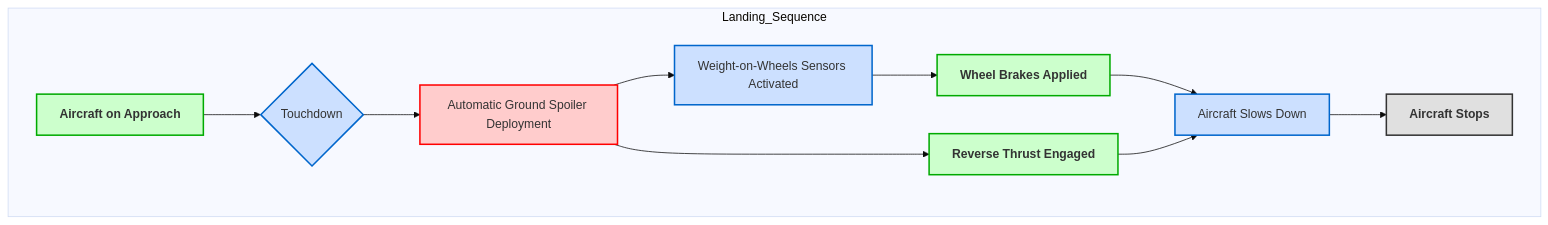
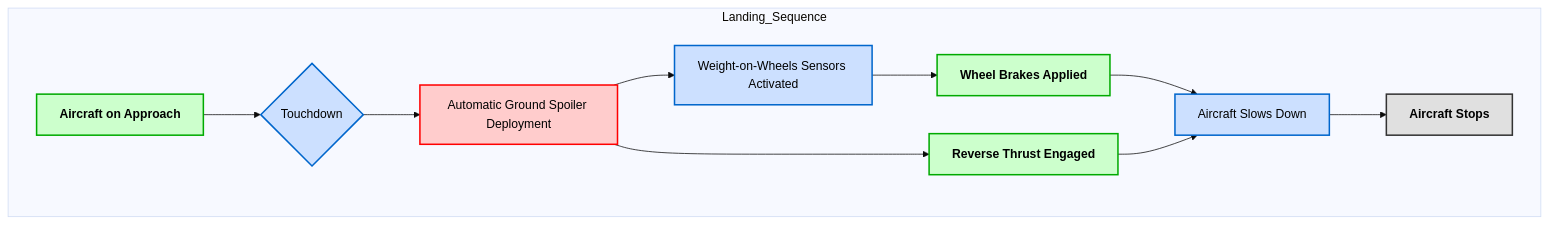
One commit to Robbbo-T/Ampel360XWLRGA changed diagram 12 of 15 in FTC_27-00-00-00-000 – ATA_27-Flight-Controls.md. Above: the diagram before and after it, drawn with Mermaid (base theme). The commit also changed other lines of this file, not shown here.

Commit message:
Update FTC_27-00-00-00-000 – ATA_27-Flight-Controls.md

````diff
--- a/FTC_27-00-00-00-000 – ATA_27-Flight-Controls.md
+++ b/FTC_27-00-00-00-000 – ATA_27-Flight-Controls.md
@@ -3079,25 +3079,25 @@
 ```mermaid
 graph TD
 
     %% Subgraph highlighting the sequential landing process
     subgraph Landing_Sequence
         A[Aircraft on Approach] --> B{Touchdown}
         B --> C[Automatic Ground Spoiler Deployment]
         C --> D[Weight-on-Wheels Sensors Activated]
         D --> E[Wheel Brakes Applied]
         C --> F[Reverse Thrust Engaged]
         E --> G[Aircraft Slows Down]
         F --> G
         G --> H[Aircraft Stops]
     end
 
     %% Node styles for visual clarity and emphasis
-    style A fill:#ccffcc,stroke:#00aa00,stroke-width:2px, font-weight:bold
-    style B fill:#cce0ff,stroke:#0066cc,stroke-width:2px 
-    style C fill:#ffcccc,stroke:#ff0000,stroke-width:2px
-    style D fill:#cce0ff,stroke:#0066cc,stroke-width:2px
-    style E fill:#ccffcc,stroke:#00aa00,stroke-width:2px, font-weight:bold
-    style F fill:#ccffcc,stroke:#00aa00,stroke-width:2px, font-weight:bold
-    style G fill:#cce0ff,stroke:#0066cc,stroke-width:2px
-    style H fill:#e0e0e0,stroke:#333,stroke-width:2px, font-weight:bold
+    style A fill:#ccffcc,stroke:#00aa00,stroke-width:2px, font-weight:bold,color:#000
+    style B fill:#cce0ff,stroke:#0066cc,stroke-width:2px,color:#000
+    style C fill:#ffcccc,stroke:#ff0000,stroke-width:2px,color:#000
+    style D fill:#cce0ff,stroke:#0066cc,stroke-width:2px,color:#000
+    style E fill:#ccffcc,stroke:#00aa00,stroke-width:2px, font-weight:bold,color:#000
+    style F fill:#ccffcc,stroke:#00aa00,stroke-width:2px, font-weight:bold,color:#000
+    style G fill:#cce0ff,stroke:#0066cc,stroke-width:2px,color:#000
+    style H fill:#e0e0e0,stroke:#333,stroke-width:2px, font-weight:bold,color:#000
 ```
````
